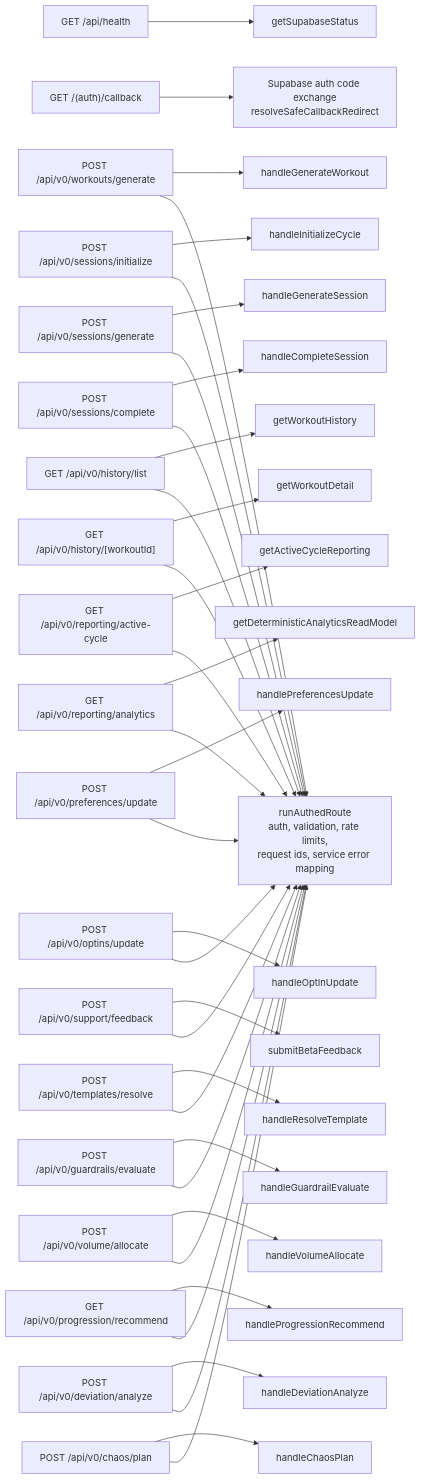
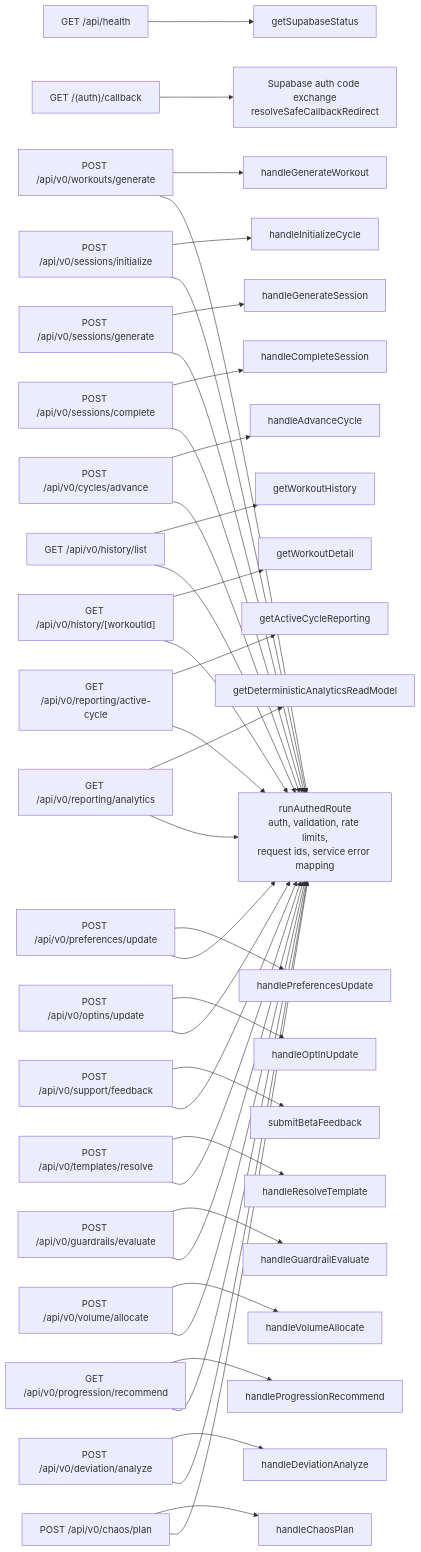
The first of 3 diagrams in docs/mermaid/api-route-service-map.md (manjuyod/adaptabuddy_v2), drawn with Mermaid before and after one commit. The commit also changed other lines of this file and 6 other files, not shown here.

Commit message:
mermaid update

````diff
--- a/docs/mermaid/api-route-service-map.md
+++ b/docs/mermaid/api-route-service-map.md
@@ -3,43 +3,45 @@
 ```mermaid
 flowchart LR
   RouteHandler["runAuthedRoute<br/>auth, validation, rate limits,<br/>request ids, service error mapping"]
 
   Health["GET /api/health"] --> HealthImpl["getSupabaseStatus"]
   Callback["GET /(auth)/callback"] --> AuthCallback["Supabase auth code exchange<br/>resolveSafeCallbackRedirect"]
 
   WorkoutGenerate["POST /api/v0/workouts/generate"] --> HandleGenerateWorkout["handleGenerateWorkout"]
   SessionsInitialize["POST /api/v0/sessions/initialize"] --> HandleInitializeCycle["handleInitializeCycle"]
   SessionsGenerate["POST /api/v0/sessions/generate"] --> HandleGenerateSession["handleGenerateSession"]
   SessionsComplete["POST /api/v0/sessions/complete"] --> HandleCompleteSession["handleCompleteSession"]
+  CyclesAdvance["POST /api/v0/cycles/advance"] --> HandleAdvanceCycle["handleAdvanceCycle"]
   HistoryList["GET /api/v0/history/list"] --> GetWorkoutHistory["getWorkoutHistory"]
   HistoryDetail["GET /api/v0/history/[workoutId]"] --> GetWorkoutDetail["getWorkoutDetail"]
   ReportingActive["GET /api/v0/reporting/active-cycle"] --> GetActiveCycleReporting["getActiveCycleReporting"]
   ReportingAnalytics["GET /api/v0/reporting/analytics"] --> GetDeterministicAnalytics["getDeterministicAnalyticsReadModel"]
   PreferencesUpdate["POST /api/v0/preferences/update"] --> HandlePreferencesUpdate["handlePreferencesUpdate"]
   OptinsUpdate["POST /api/v0/optins/update"] --> HandleOptInUpdate["handleOptInUpdate"]
   SupportFeedback["POST /api/v0/support/feedback"] --> SubmitBetaFeedback["submitBetaFeedback"]
   TemplatesResolve["POST /api/v0/templates/resolve"] --> HandleResolveTemplate["handleResolveTemplate"]
   GuardrailsEvaluate["POST /api/v0/guardrails/evaluate"] --> HandleGuardrailEvaluate["handleGuardrailEvaluate"]
   VolumeAllocate["POST /api/v0/volume/allocate"] --> HandleVolumeAllocate["handleVolumeAllocate"]
   ProgressionRecommend["GET /api/v0/progression/recommend"] --> HandleProgressionRecommend["handleProgressionRecommend"]
   DeviationAnalyze["POST /api/v0/deviation/analyze"] --> HandleDeviationAnalyze["handleDeviationAnalyze"]
   ChaosPlan["POST /api/v0/chaos/plan"] --> HandleChaosPlan["handleChaosPlan"]
 
   WorkoutGenerate --> RouteHandler
   SessionsInitialize --> RouteHandler
   SessionsGenerate --> RouteHandler
   SessionsComplete --> RouteHandler
+  CyclesAdvance --> RouteHandler
   HistoryList --> RouteHandler
   HistoryDetail --> RouteHandler
   ReportingActive --> RouteHandler
   ReportingAnalytics --> RouteHandler
   PreferencesUpdate --> RouteHandler
   OptinsUpdate --> RouteHandler
   SupportFeedback --> RouteHandler
   TemplatesResolve --> RouteHandler
   GuardrailsEvaluate --> RouteHandler
   VolumeAllocate --> RouteHandler
   ProgressionRecommend --> RouteHandler
   DeviationAnalyze --> RouteHandler
   ChaosPlan --> RouteHandler
 ```
````
